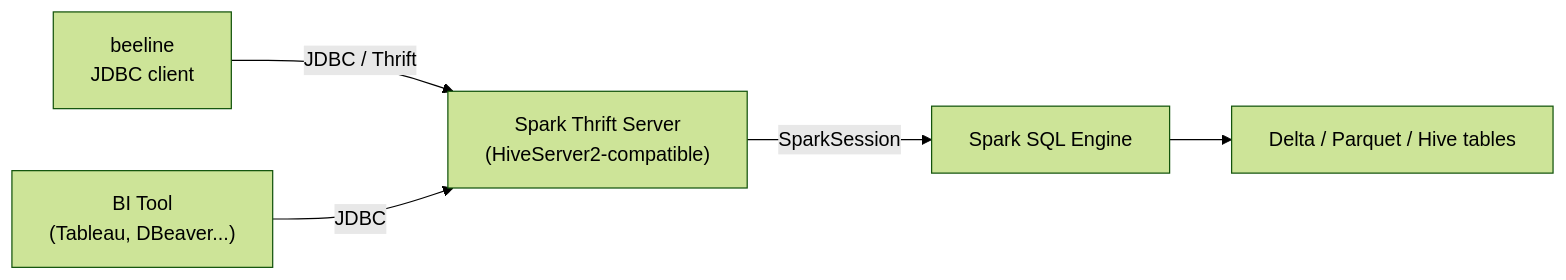
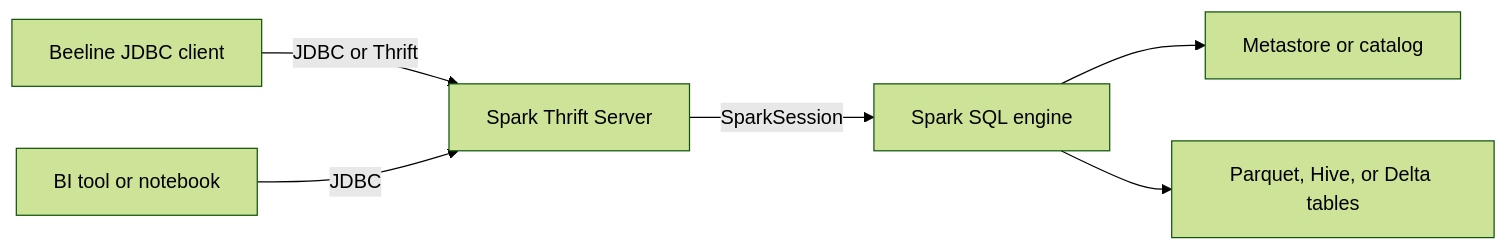
One commit to mahfooziiitian/spark-batch changed the diagram in spark-sql/docs/configuration/cli/beeline.md. Above: the diagram before and after it, drawn with Mermaid (forest theme). The commit also changed other lines of this file and 809 other files, not shown here.

````diff
--- a/spark-sql/docs/configuration/cli/beeline.md
+++ b/spark-sql/docs/configuration/cli/beeline.md
@@ -11,7 +19,8 @@
 ```mermaid
 flowchart LR
-    BL["beeline\nJDBC client"] -->|JDBC / Thrift| STS["Spark Thrift Server\n(HiveServer2-compatible)"]
-    BI["BI Tool\n(Tableau, DBeaver...)"] -->|JDBC| STS
-    STS -->|SparkSession| SE["Spark SQL Engine"]
-    SE --> DL["Delta / Parquet / Hive tables"]
+    BL[Beeline JDBC client] -->|JDBC or Thrift| STS[Spark Thrift Server]
+    BI[BI tool or notebook] -->|JDBC| STS
+    STS -->|SparkSession| SE[Spark SQL engine]
+    SE --> CAT[Metastore or catalog]
+    SE --> TAB[Parquet, Hive, or Delta tables]
 ```
````
